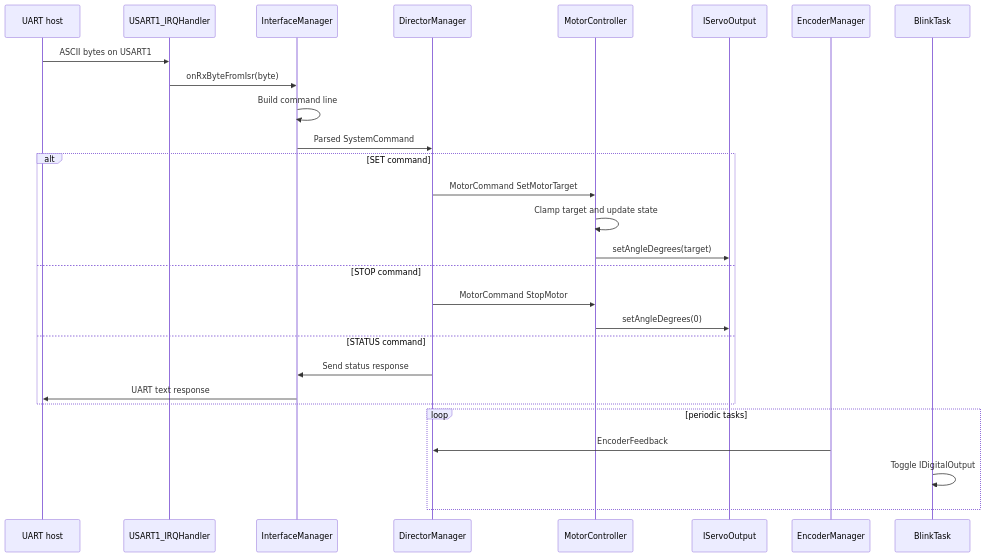
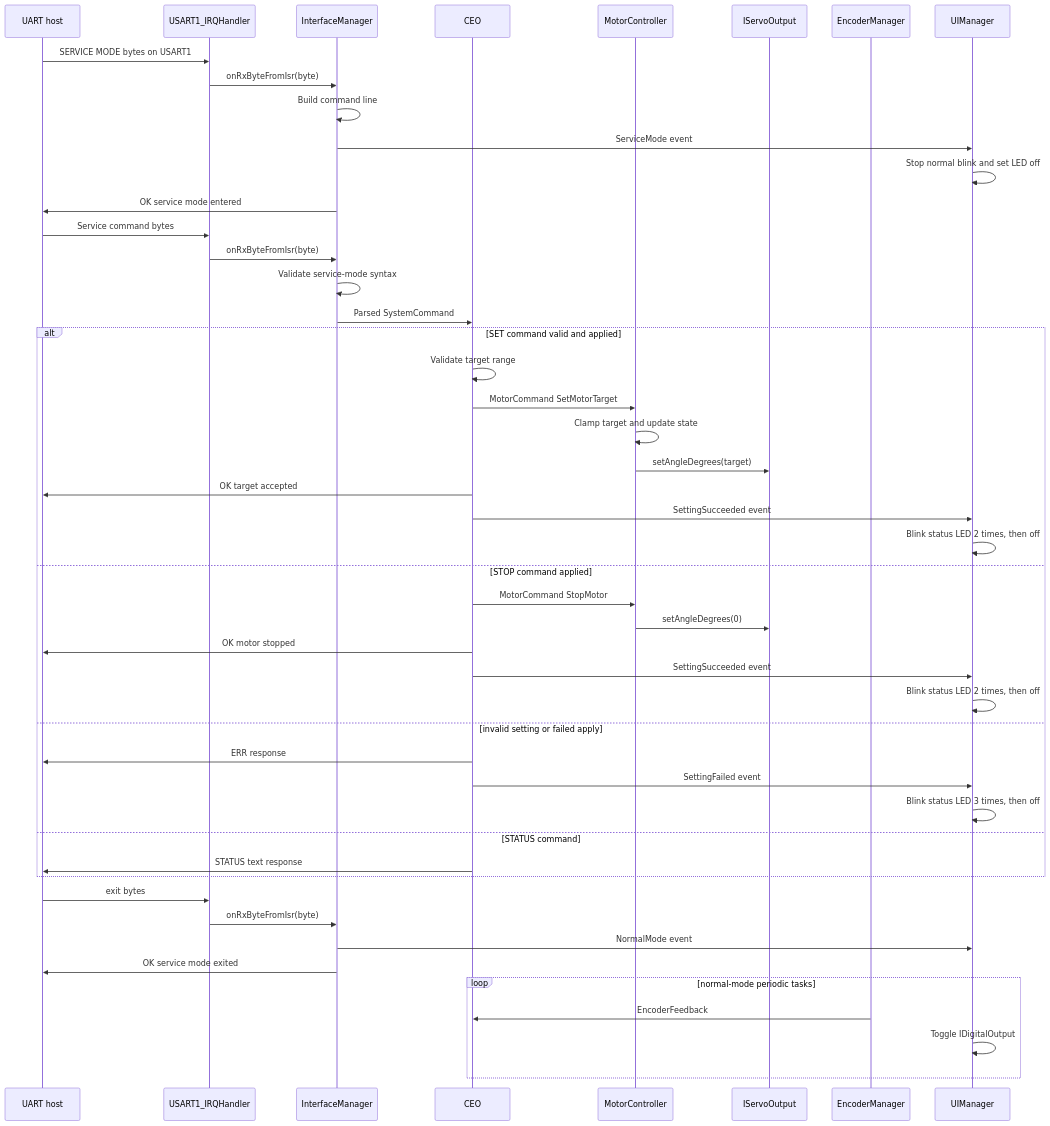
The second of 3 diagrams in docs_architecture.md (thanhduong8457/stm32f4), drawn with Mermaid before and after one commit. The commit also changed other lines of this file and 18 other files, not shown here.

Commit message:
update for service mode

````diff
--- a/docs_architecture.md
+++ b/docs_architecture.md
@@ -100,33 +100,55 @@
 ```mermaid
 sequenceDiagram
     participant Host as UART host
     participant ISR as USART1_IRQHandler
     participant Interface as InterfaceManager
-    participant Director as DirectorManager
+    participant Director as CEO
     participant Motor as MotorController
     participant Servo as IServoOutput
     participant Encoder as EncoderManager
-    participant Led as BlinkTask
+    participant Led as UIManager
 
-    Host->>ISR: ASCII bytes on USART1
+    Host->>ISR: SERVICE MODE bytes on USART1
     ISR->>Interface: onRxByteFromIsr(byte)
     Interface->>Interface: Build command line
+    Interface->>Led: ServiceMode event
+    Led->>Led: Stop normal blink and set LED off
+    Interface->>Host: OK service mode entered
+
+    Host->>ISR: Service command bytes
+    ISR->>Interface: onRxByteFromIsr(byte)
+    Interface->>Interface: Validate service-mode syntax
     Interface->>Director: Parsed SystemCommand
 
-    alt SET command
+    alt SET command valid and applied
+        Director->>Director: Validate target range
         Director->>Motor: MotorCommand SetMotorTarget
         Motor->>Motor: Clamp target and update state
         Motor->>Servo: setAngleDegrees(target)
-    else STOP command
+        Director->>Host: OK target accepted
+        Director->>Led: SettingSucceeded event
+        Led->>Led: Blink status LED 2 times, then off
+    else STOP command applied
         Director->>Motor: MotorCommand StopMotor
         Motor->>Servo: setAngleDegrees(0)
+        Director->>Host: OK motor stopped
+        Director->>Led: SettingSucceeded event
+        Led->>Led: Blink status LED 2 times, then off
+    else invalid setting or failed apply
+        Director->>Host: ERR response
+        Director->>Led: SettingFailed event
+        Led->>Led: Blink status LED 3 times, then off
     else STATUS command
-        Director->>Interface: Send status response
-        Interface->>Host: UART text response
+        Director->>Host: STATUS text response
     end
 
-    loop periodic tasks
+    Host->>ISR: exit bytes
+    ISR->>Interface: onRxByteFromIsr(byte)
+    Interface->>Led: NormalMode event
+    Interface->>Host: OK service mode exited
+
+    loop normal-mode periodic tasks
         Encoder->>Director: EncoderFeedback
         Led->>Led: Toggle IDigitalOutput
     end
 ```
````
